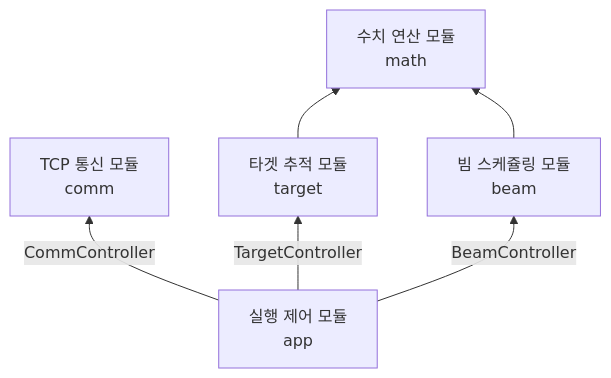
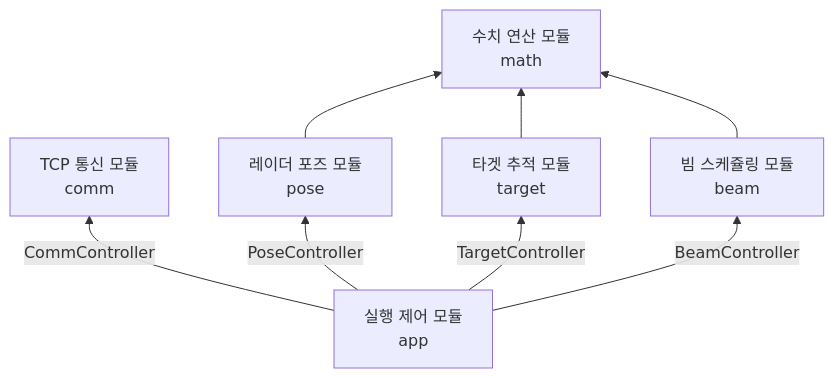
Before and after one commit to AESAlien/aesa-processor: the first of 2 diagrams in README.md, drawn with Mermaid. The commit also changed other lines of this file and 81 other files, not shown here.

First line of the commit message:
feat: 레이더 포즈 처리를 pose 모듈로 통합

````diff
--- a/README.md
+++ b/README.md
@@ -19,14 +19,17 @@
 ```mermaid
 flowchart BT
     app[실행 제어 모듈<br/>app]
     comm[TCP 통신 모듈<br/>comm]
+    pose[레이더 포즈 모듈<br/>pose]
     target[타겟 추적 모듈<br/>target]
     beam[빔 스케쥴링 모듈<br/>beam]
     math[수치 연산 모듈<br/>math]
 
     app-- CommController --> comm
+    app-- PoseController --> pose
     app-- TargetController --> target
     app-- BeamController --> beam
+    pose --> math
     target --> math
     beam --> math
 ```
````
